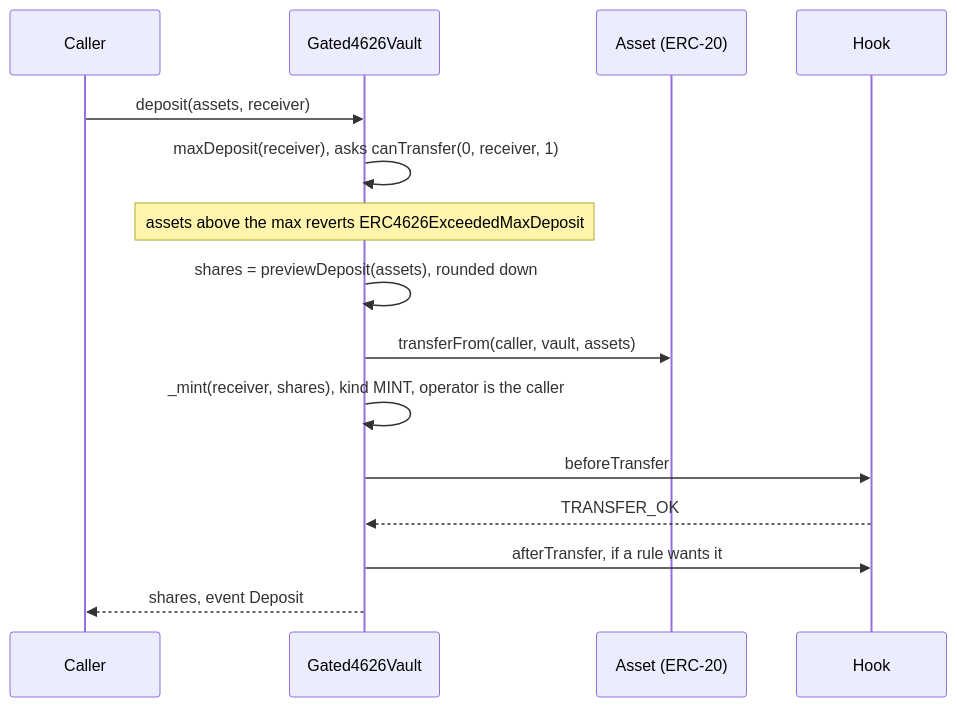
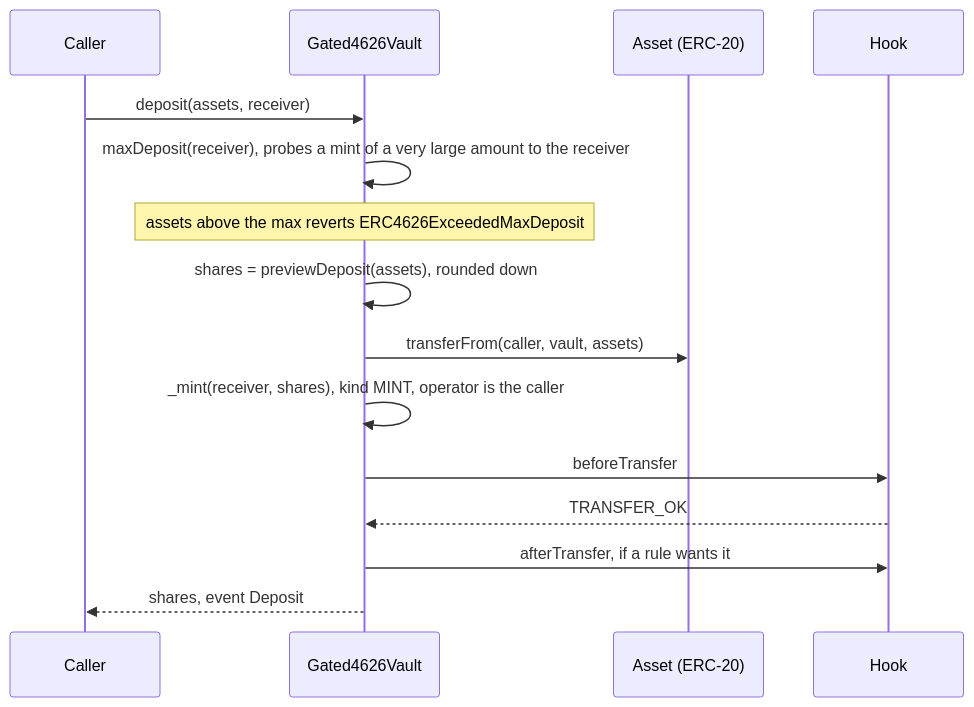
One commit to fepvenancio/rwa-token changed the first of 6 diagrams in docs/flows-vaults.md. Above: the diagram before and after it, drawn with Mermaid. The commit also changed other lines of this file and 116 other files, not shown here.

````diff
--- a/docs/flows-vaults.md
+++ b/docs/flows-vaults.md
@@ -18,17 +18,17 @@
 ```mermaid
 sequenceDiagram
   participant U as Caller
   participant V as Gated4626Vault
   participant A as Asset (ERC-20)
   participant H as Hook
   U->>V: deposit(assets, receiver)
-  V->>V: maxDeposit(receiver), asks canTransfer(0, receiver, 1)
+  V->>V: maxDeposit(receiver), probes a mint of a very large amount to the receiver
   Note over V: assets above the max reverts ERC4626ExceededMaxDeposit
   V->>V: shares = previewDeposit(assets), rounded down
   V->>A: transferFrom(caller, vault, assets)
   V->>V: _mint(receiver, shares), kind MINT, operator is the caller
   V->>H: beforeTransfer
   H-->>V: TRANSFER_OK
   V->>H: afterTransfer, if a rule wants it
   V-->>U: shares, event Deposit
 ```
````
